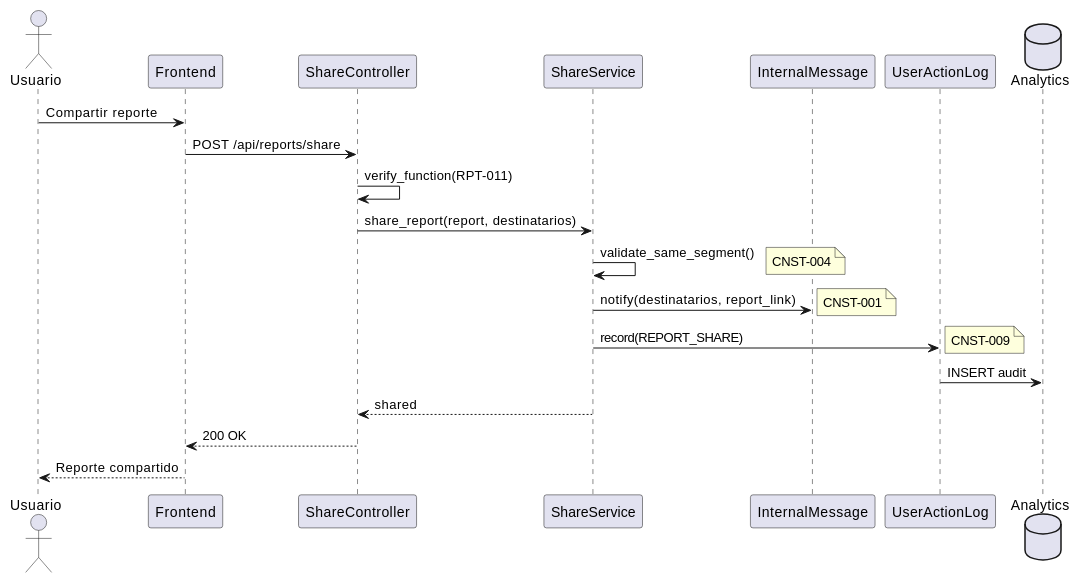
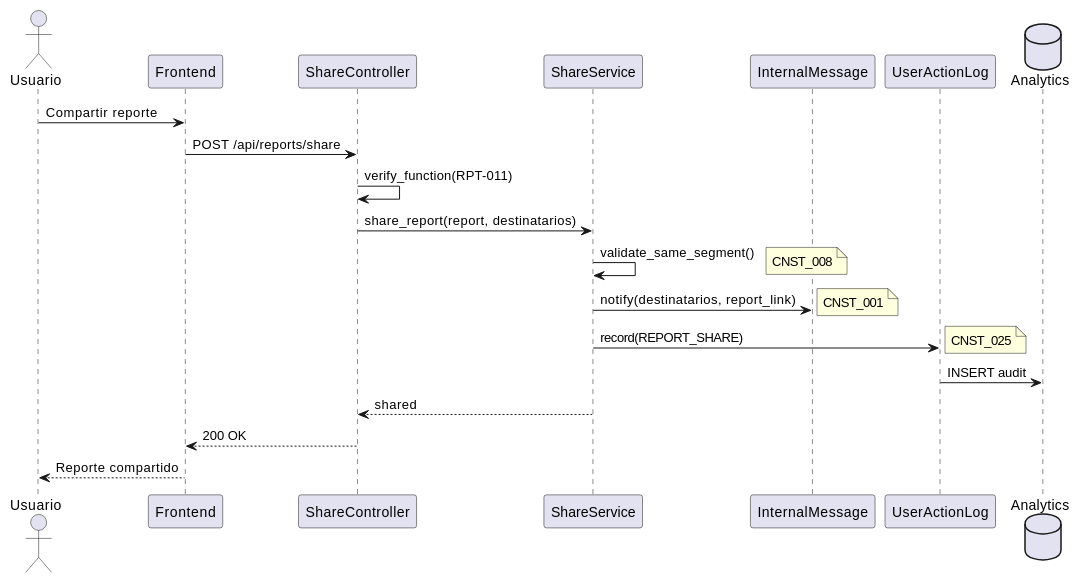
Before and after one commit to jcg-admin/IACT-docs: the second of 3 diagrams in source/requisitos/casos_uso/reports/UC_RPT_11_Compartir_Reporte.rst, drawn with PlantUML. The commit also changed other lines of this file and 67 other files, not shown here.

```diff
--- a/source/requisitos/casos_uso/reports/UC_RPT_11_Compartir_Reporte.rst
+++ b/source/requisitos/casos_uso/reports/UC_RPT_11_Compartir_Reporte.rst
@@ -139,27 +139,27 @@
 .. uml::
    :caption: Diagrama de Secuencia - UC_RPT_11
 
    @startuml
    actor "Usuario" as U
    participant "Frontend" as FE
    participant "ShareController" as SC
    participant "ShareService" as SS
    participant "InternalMessage" as IM
    participant "UserActionLog" as UAL
    database "Analytics" as DB
 
    U -> FE: Compartir reporte
    FE -> SC: POST /api/reports/share
    SC -> SC: verify_function(RPT-011)
    SC -> SS: share_report(report, destinatarios)
    SS -> SS: validate_same_segment()
-   note right: CNST-004
+   note right: CNST_008
    SS -> IM: notify(destinatarios, report_link)
-   note right: CNST-001
+   note right: CNST_001
    SS -> UAL: record(REPORT_SHARE)
-   note right: CNST-009
+   note right: CNST_025
    UAL -> DB: INSERT audit
    SS --> SC: shared
    SC --> FE: 200 OK
    FE --> U: Reporte compartido
    @enduml
```
